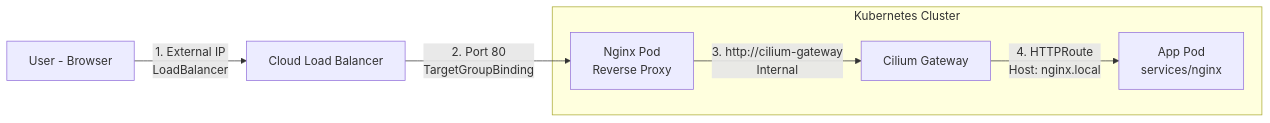
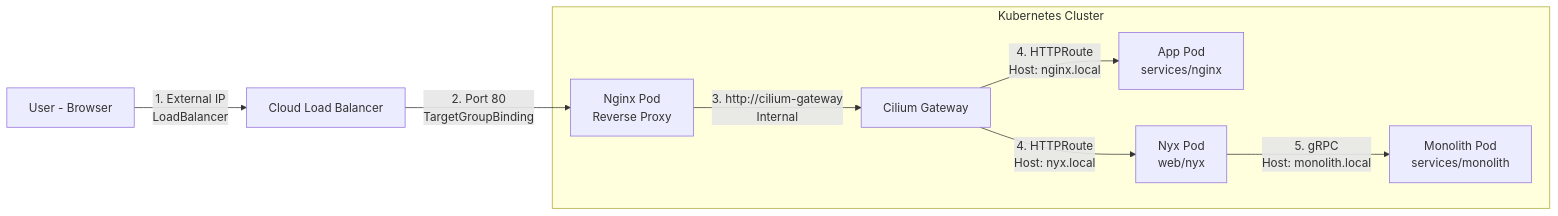
The diagram in README-ja.md (panicboat/monorepo), drawn with Mermaid before and after one commit. The commit also changed other lines of this file and 252 other files, not shown here.

````diff
--- a/README-ja.md
+++ b/README-ja.md
@@ -42,10 +73,12 @@
 ```mermaid
 graph LR
   User[User - Browser] -- "1. External IP<br>LoadBalancer" --> NginxLB[Cloud Load Balancer]
   NginxLB -- "2. Port 80<br>TargetGroupBinding" --> NginxPod[Nginx Pod<br>Reverse Proxy]
 
   subgraph "Kubernetes Cluster"
     NginxPod -- "3. http://cilium-gateway<br>Internal" --> CiliumGw[Cilium Gateway]
     CiliumGw -- "4. HTTPRoute<br>Host: nginx.local" --> AppPod[App Pod<br>services/nginx]
+    CiliumGw -- "4. HTTPRoute<br>Host: nyx.local" --> NyxPod[Nyx Pod<br>web/nyx]
+    NyxPod -- "5. gRPC<br>Host: monolith.local" --> MonolithPod[Monolith Pod<br>services/monolith]
   end
 ```
````
